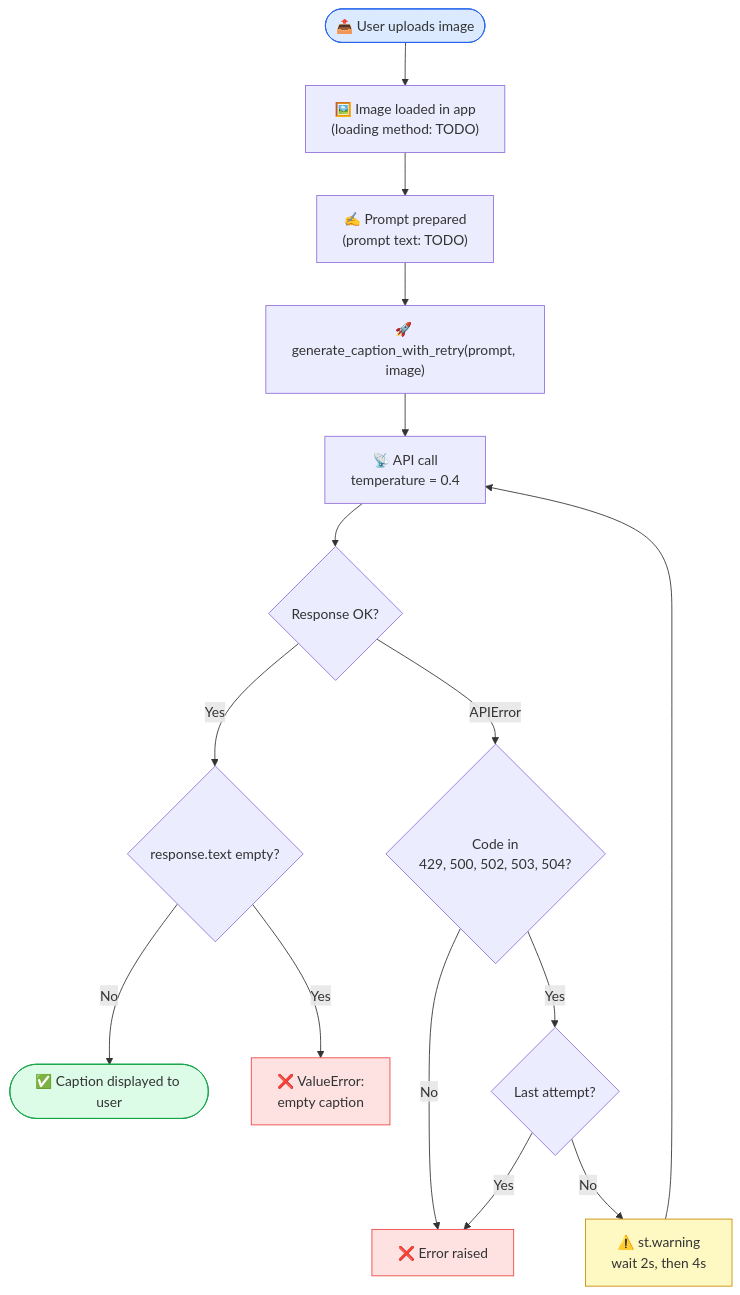
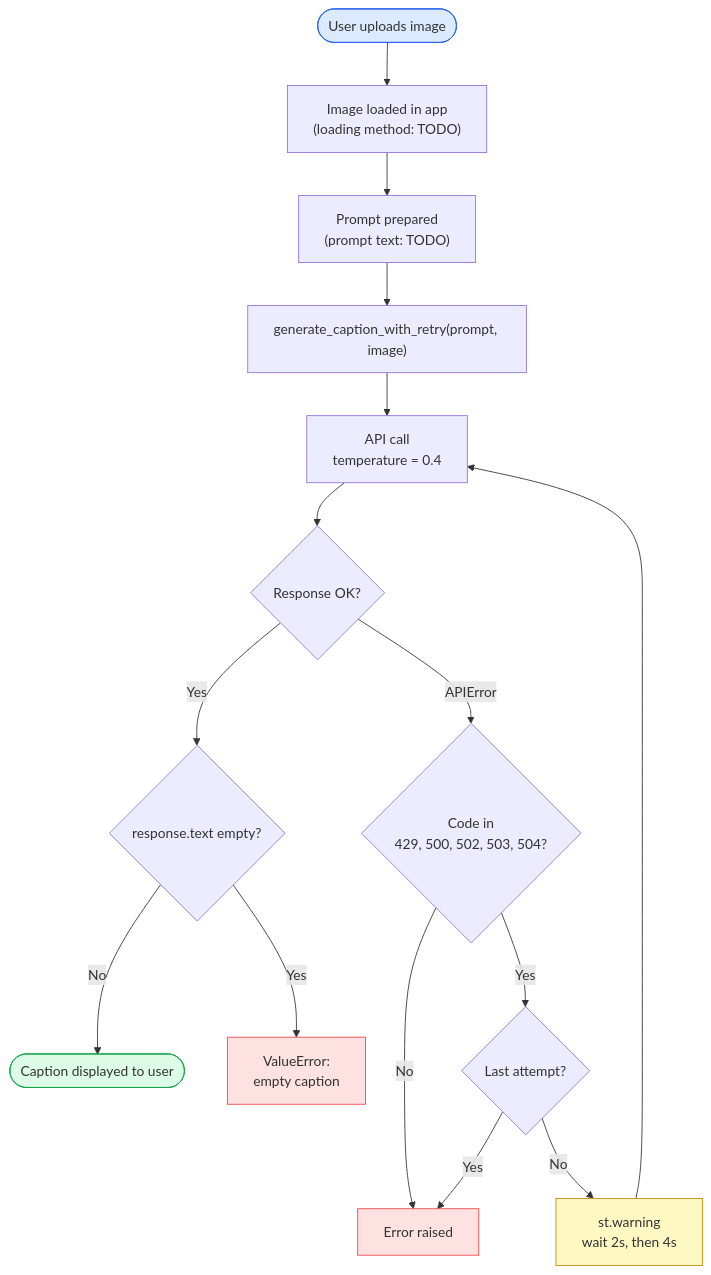
One commit to vismayab21/Image-caption changed the second of 4 diagrams in README.md. Above: the diagram before and after it, drawn with Mermaid. The commit also changed other lines of this file, not shown here.

````diff
--- a/README.md
+++ b/README.md
@@ -94,25 +94,25 @@
 ```mermaid
 flowchart TD
-    A(["📤 User uploads image"]) --> B["🖼️ Image loaded in app<br/>(loading method: TODO)"]
-    B --> C["✍️ Prompt prepared<br/>(prompt text: TODO)"]
-    C --> D["🚀 generate_caption_with_retry(prompt, image)"]
-    D --> E["📡 API call<br/>temperature = 0.4"]
+    A([" User uploads image"]) --> B[" Image loaded in app<br/>(loading method: TODO)"]
+    B --> C[" Prompt prepared<br/>(prompt text: TODO)"]
+    C --> D[" generate_caption_with_retry(prompt, image)"]
+    D --> E[" API call<br/>temperature = 0.4"]
     E --> F{"Response OK?"}
 
     F -- "Yes" --> G{"response.text empty?"}
-    G -- "No" --> H(["✅ Caption displayed to user"])
-    G -- "Yes" --> I["❌ ValueError:<br/>empty caption"]
+    G -- "No" --> H([" Caption displayed to user"])
+    G -- "Yes" --> I[" ValueError:<br/>empty caption"]
 
     F -- "APIError" --> J{"Code in<br/>429, 500, 502, 503, 504?"}
-    J -- "No" --> K["❌ Error raised"]
+    J -- "No" --> K[" Error raised"]
     J -- "Yes" --> L{"Last attempt?"}
     L -- "Yes" --> K
-    L -- "No" --> M["⚠️ st.warning<br/>wait 2s, then 4s"]
+    L -- "No" --> M[" st.warning<br/>wait 2s, then 4s"]
     M --> E
 
     style A fill:#dbeafe,stroke:#2563eb
     style H fill:#dcfce7,stroke:#16a34a
     style I fill:#fee2e2,stroke:#ef4444
     style K fill:#fee2e2,stroke:#ef4444
     style M fill:#fef9c3,stroke:#ca8a04
 ```
````
